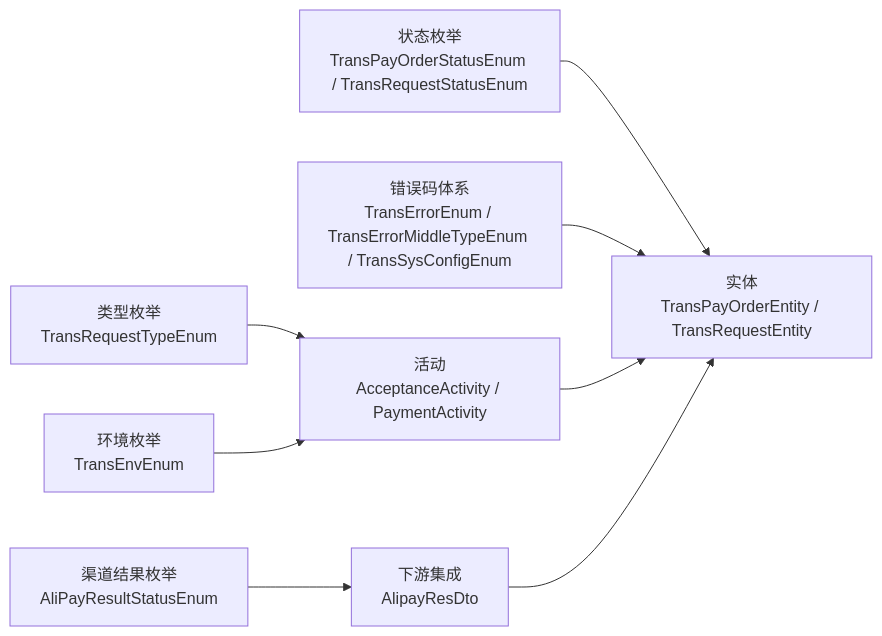
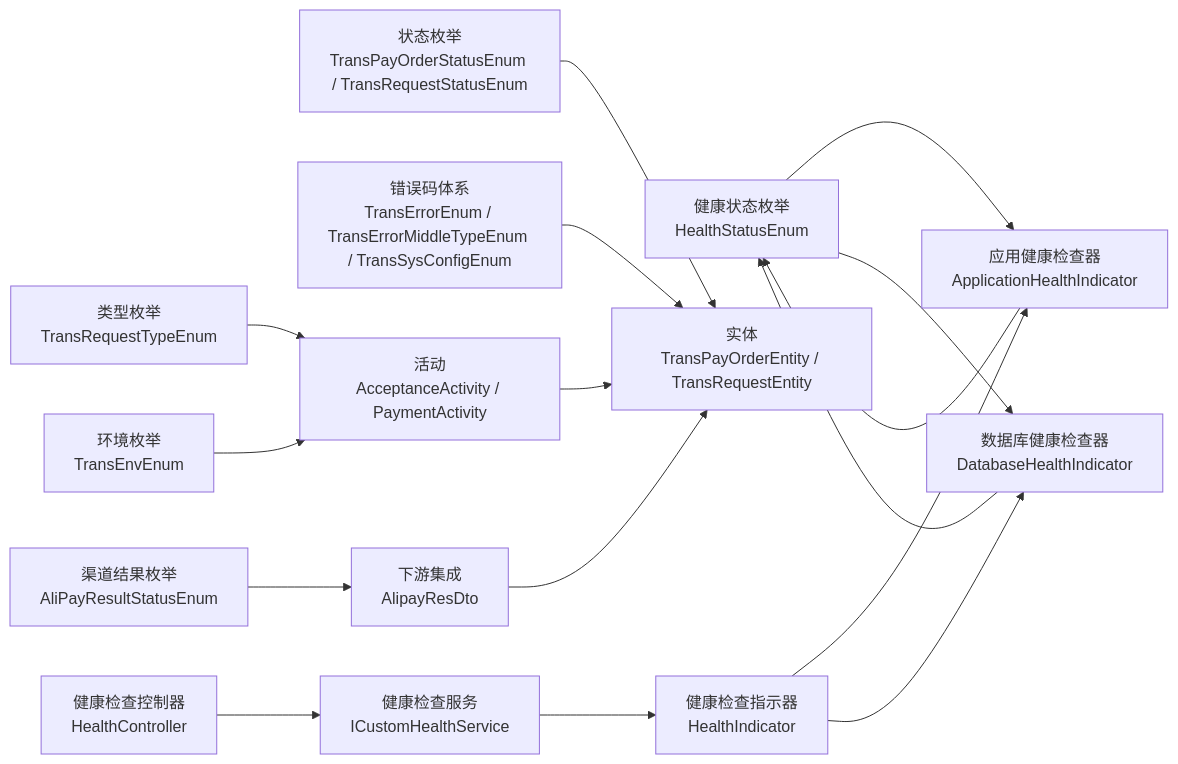
One commit to magicliang/domain-driven-transaction-sys changed the fourth of 4 diagrams in .qoder/repowiki/zh/content/项目概述/项目结构/通用工具类层/枚举类型.md. Above: the diagram before and after it, drawn with Mermaid. The commit also changed other lines of this file and 7 other files, not shown here.

````diff
--- a/.qoder/repowiki/zh/content/项目概述/项目结构/通用工具类层/枚举类型.md
+++ b/.qoder/repowiki/zh/content/项目概述/项目结构/通用工具类层/枚举类型.md
@@ -360,18 +443,32 @@
 ```mermaid
 graph LR
 EnumStatus["状态枚举<br/>TransPayOrderStatusEnum / TransRequestStatusEnum"]
 EnumType["类型枚举<br/>TransRequestTypeEnum"]
 EnumChannel["渠道结果枚举<br/>AliPayResultStatusEnum"]
 EnumErr["错误码体系<br/>TransErrorEnum / TransErrorMiddleTypeEnum / TransSysConfigEnum"]
 EnumEnv["环境枚举<br/>TransEnvEnum"]
+EnumHealth["健康状态枚举<br/>HealthStatusEnum"]
 Entity["实体<br/>TransPayOrderEntity / TransRequestEntity"]
 Activity["活动<br/>AcceptanceActivity / PaymentActivity"]
 Downstream["下游集成<br/>AlipayResDto"]
+Controller["健康检查控制器<br/>HealthController"]
+Service["健康检查服务<br/>ICustomHealthService"]
+Indicator["健康检查指示器<br/>HealthIndicator"]
+AppIndicator["应用健康检查器<br/>ApplicationHealthIndicator"]
+DBIndicator["数据库健康检查器<br/>DatabaseHealthIndicator"]
 EnumStatus --> Entity
 EnumType --> Activity
 EnumChannel --> Downstream
 EnumErr --> Entity
 EnumEnv --> Activity
+EnumHealth --> AppIndicator
+EnumHealth --> DBIndicator
+Controller --> Service
+Service --> Indicator
+Indicator --> AppIndicator
+Indicator --> DBIndicator
+AppIndicator --> EnumHealth
+DBIndicator --> EnumHealth
 Activity --> Entity
 Downstream --> Entity
 ```
````
